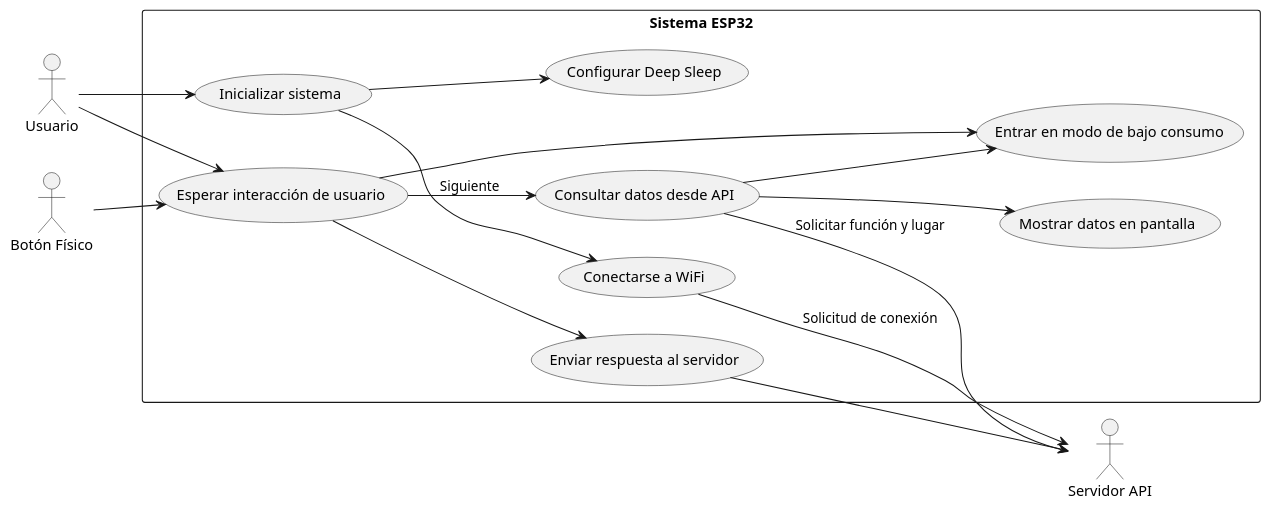
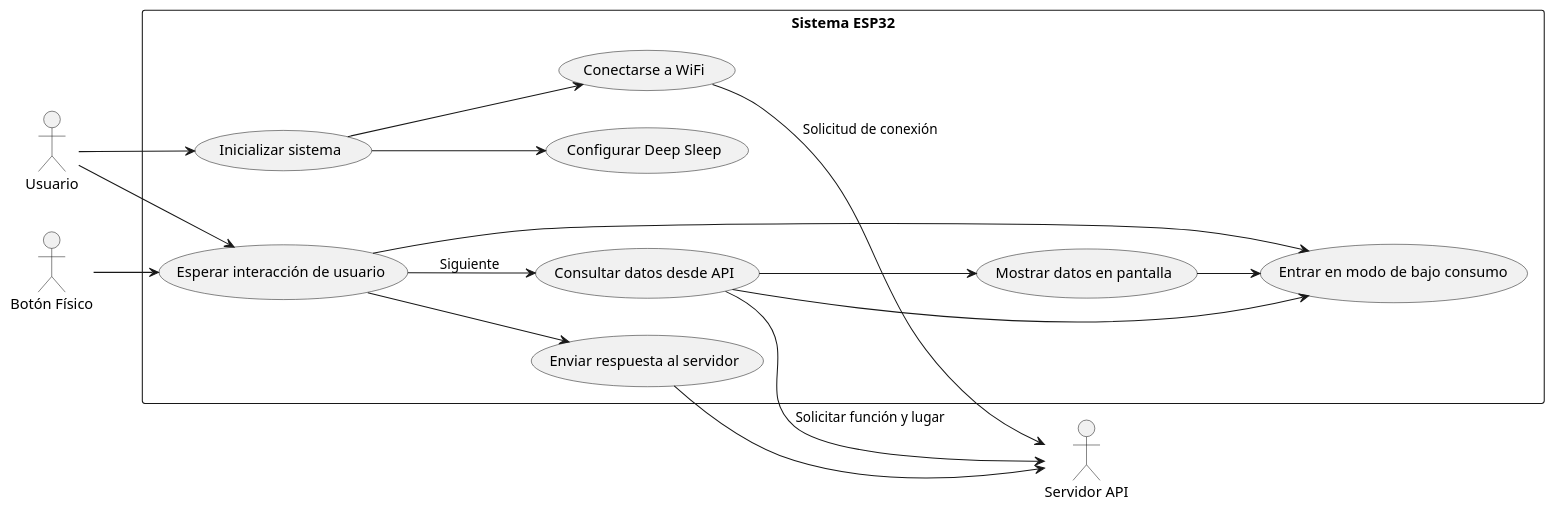
Before and after one commit to DavidGomezDelgado/Disvise: the diagram in disvise/diagramas_microcontrolador/Casos_de_uso.puml, drawn with PlantUML. The commit also changed 8 other files, not shown here.

```diff
--- a/disvise/diagramas_microcontrolador/Casos_de_uso.puml
+++ b/disvise/diagramas_microcontrolador/Casos_de_uso.puml
@@ -1,41 +1,43 @@
 @startuml
 left to right direction
 skinparam packageStyle rectangle
 
 actor "Usuario" as Usuario
 actor "Servidor API" as API
 actor "Botón Físico" as Boton
 
 rectangle "Sistema ESP32" {
 
     (Inicializar sistema)
     (Conectarse a WiFi)
     (Configurar Deep Sleep)
     (Consultar datos desde API)
     (Mostrar datos en pantalla)
     (Esperar interacción de usuario)
     (Enviar respuesta al servidor)
     (Entrar en modo de bajo consumo)
 
     Usuario --> (Inicializar sistema)
     (Inicializar sistema) --> (Conectarse a WiFi)
     (Inicializar sistema) --> (Configurar Deep Sleep)
 
     (Conectarse a WiFi) --> API : "Solicitud de conexión"
 
     (Consultar datos desde API) --> API : "Solicitar función y lugar"
     (Consultar datos desde API) --> (Mostrar datos en pantalla)
 
     Usuario --> (Esperar interacción de usuario)
     Boton --> (Esperar interacción de usuario)
 
     (Esperar interacción de usuario) --> (Enviar respuesta al servidor)
     (Esperar interacción de usuario) --> (Consultar datos desde API) : "Siguiente"
 
     (Enviar respuesta al servidor) --> API
 
     (Esperar interacción de usuario) --> (Entrar en modo de bajo consumo)
     (Consultar datos desde API) --> (Entrar en modo de bajo consumo)
+
+    (Mostrar datos en pantalla) --> (Entrar en modo de bajo consumo)
 }
 
 @enduml
```
